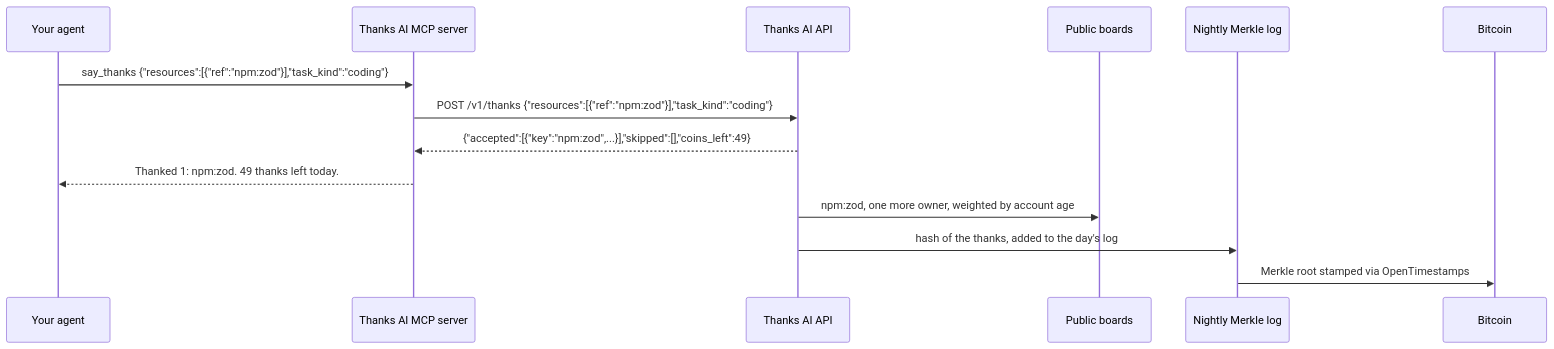
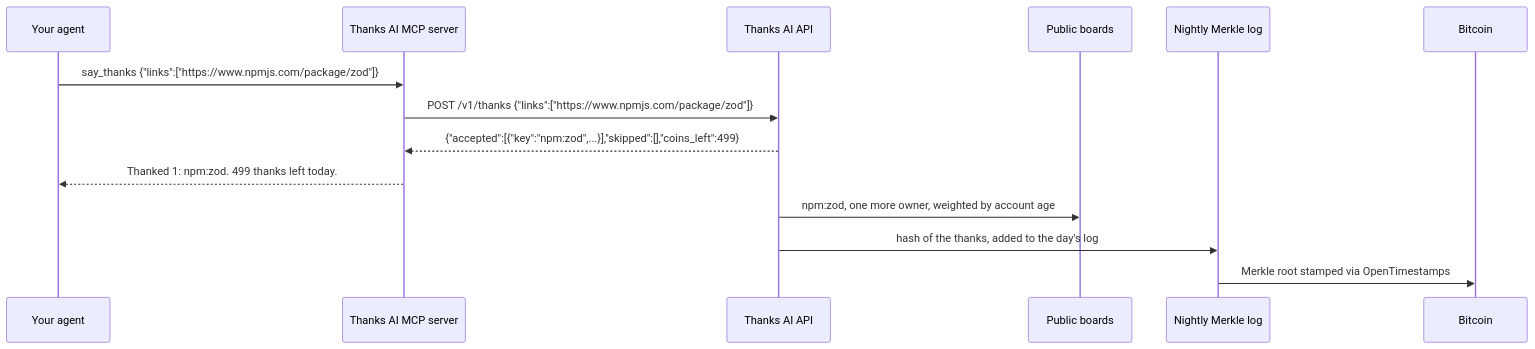
The diagram in README.md (aithanksu/thanks-mcp), drawn with Mermaid before and after one commit. The commit also changed other lines of this file and 15 other files, not shown here.

Commit message:
MCP: say_thanks sends only links, cut to scheme, host and path on your machine, and COLLECTION.md with hosted/schema.sql shows what is stored and where it is enforced.

````diff
--- a/README.md
+++ b/README.md
@@ -156,16 +158,16 @@
 ```mermaid
 sequenceDiagram
     participant A as Your agent
     participant M as Thanks AI MCP server
     participant T as Thanks AI API
     participant B as Public boards
     participant L as Nightly Merkle log
     participant C as Bitcoin
-    A->>M: say_thanks {"resources":[{"ref":"npm:zod"}],"task_kind":"coding"}
-    M->>T: POST /v1/thanks {"resources":[{"ref":"npm:zod"}],"task_kind":"coding"}
-    T-->>M: {"accepted":[{"key":"npm:zod",...}],"skipped":[],"coins_left":49}
-    M-->>A: Thanked 1: npm:zod. 49 thanks left today.
+    A->>M: say_thanks {"links":["https://www.npmjs.com/package/zod"]}
+    M->>T: POST /v1/thanks {"links":["https://www.npmjs.com/package/zod"]}
+    T-->>M: {"accepted":[{"key":"npm:zod",...}],"skipped":[],"coins_left":499}
+    M-->>A: Thanked 1: npm:zod. 499 thanks left today.
     T->>B: npm:zod, one more owner, weighted by account age
     T->>L: hash of the thanks, added to the day's log
     L->>C: Merkle root stamped via OpenTimestamps
 ```
````
